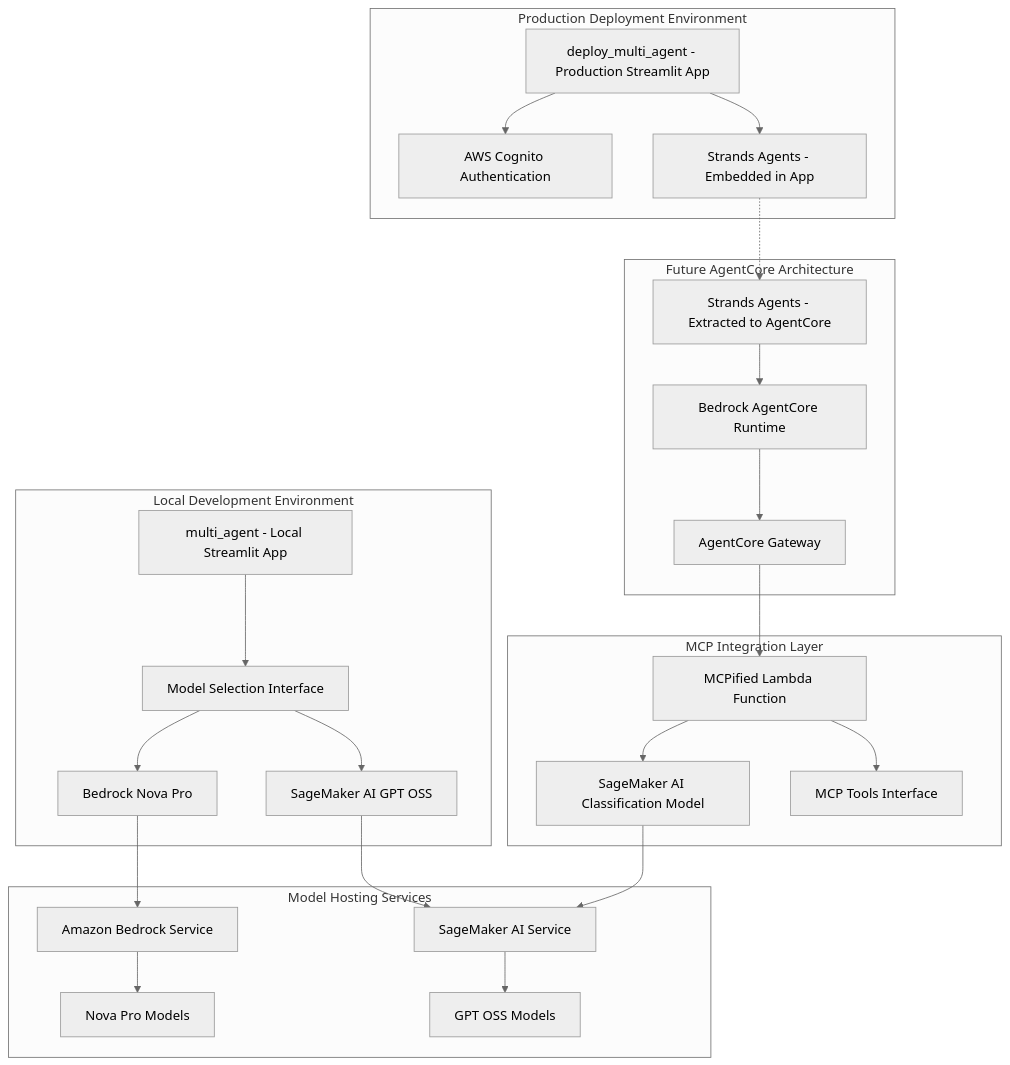
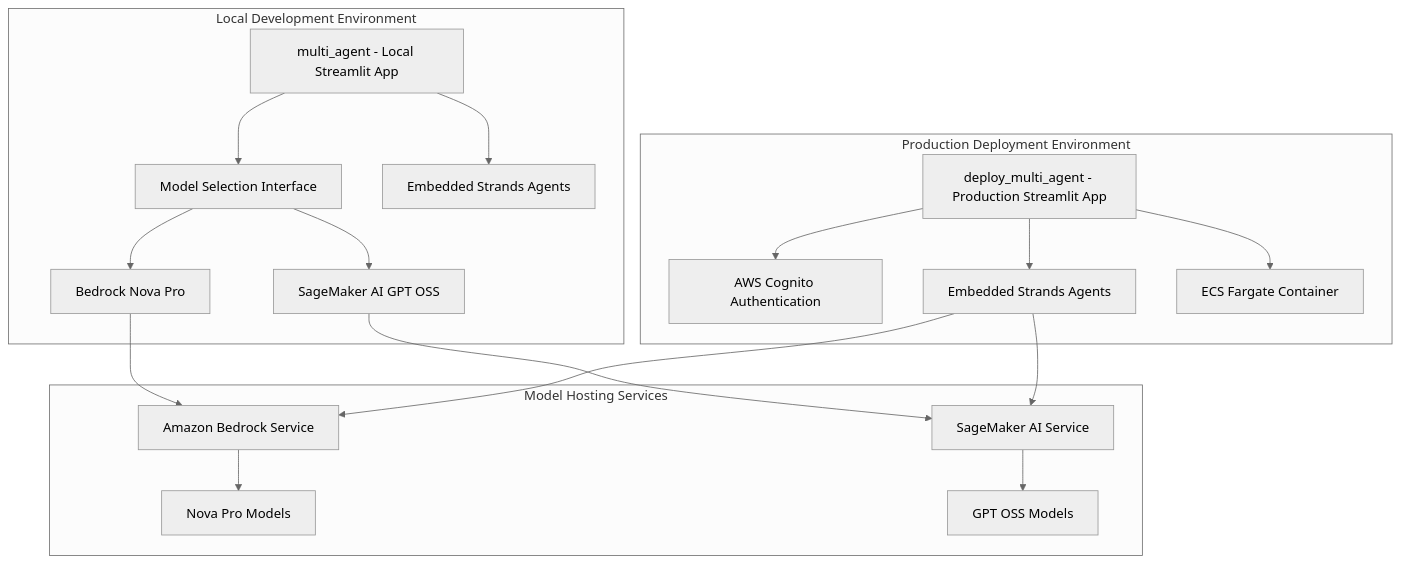
One commit to rwang5688/ai-stack-2026Q2 changed the diagram in .kiro/specs/workshop4-architecture-refactoring/design.md. Above: the diagram before and after it, drawn with Mermaid (neutral theme). The commit also changed other lines of this file and 3 other files, not shown here.

Commit message:
update workshop4-architecture-refactoring specs with decision on staying with monolithic Streamlit app

````diff
--- a/.kiro/specs/workshop4-architecture-refactoring/design.md
+++ b/.kiro/specs/workshop4-architecture-refactoring/design.md
@@ -11,56 +11,40 @@
 ```mermaid
 graph TB
     subgraph "Local Development Environment"
         LOCAL[multi_agent - Local Streamlit App]
         MODEL_CHOICE[Model Selection Interface]
         BEDROCK_LOCAL[Bedrock Nova Pro]
         SAGEMAKER_LOCAL[SageMaker AI GPT OSS]
+        AGENTS_LOCAL[Embedded Strands Agents]
     end
     
     subgraph "Production Deployment Environment"
         DEPLOY[deploy_multi_agent - Production Streamlit App]
         COGNITO[AWS Cognito Authentication]
-        STRANDS_EMBEDDED[Strands Agents - Embedded in App]
-    end
-    
-    subgraph "Future AgentCore Architecture"
-        AGENTCORE[Bedrock AgentCore Runtime]
-        STRANDS_EXTRACTED[Strands Agents - Extracted to AgentCore]
-        GATEWAY[AgentCore Gateway]
-    end
-    
-    subgraph "MCP Integration Layer"
-        MCP_LAMBDA[MCPified Lambda Function]
-        CLASSIFICATION[SageMaker AI Classification Model]
-        MCP_TOOLS[MCP Tools Interface]
+        AGENTS_PROD[Embedded Strands Agents]
+        ECS[ECS Fargate Container]
     end
     
     subgraph "Model Hosting Services"
         BEDROCK_SERVICE[Amazon Bedrock Service]
         SAGEMAKER_SERVICE[SageMaker AI Service]
         NOVA[Nova Pro Models]
         GPT_OSS[GPT OSS Models]
     end
     
     LOCAL --> MODEL_CHOICE
     MODEL_CHOICE --> BEDROCK_LOCAL
     MODEL_CHOICE --> SAGEMAKER_LOCAL
+    LOCAL --> AGENTS_LOCAL
     
     DEPLOY --> COGNITO
-    DEPLOY --> STRANDS_EMBEDDED
-    
-    STRANDS_EMBEDDED -.-> STRANDS_EXTRACTED
-    STRANDS_EXTRACTED --> AGENTCORE
-    AGENTCORE --> GATEWAY
-    
-    GATEWAY --> MCP_LAMBDA
-    MCP_LAMBDA --> CLASSIFICATION
-    MCP_LAMBDA --> MCP_TOOLS
+    DEPLOY --> AGENTS_PROD
+    DEPLOY --> ECS
     
     BEDROCK_LOCAL --> BEDROCK_SERVICE
     SAGEMAKER_LOCAL --> SAGEMAKER_SERVICE
+    AGENTS_PROD --> BEDROCK_SERVICE
+    AGENTS_PROD --> SAGEMAKER_SERVICE
     BEDROCK_SERVICE --> NOVA
     SAGEMAKER_SERVICE --> GPT_OSS
-    
-    CLASSIFICATION --> SAGEMAKER_SERVICE
 ```
````
